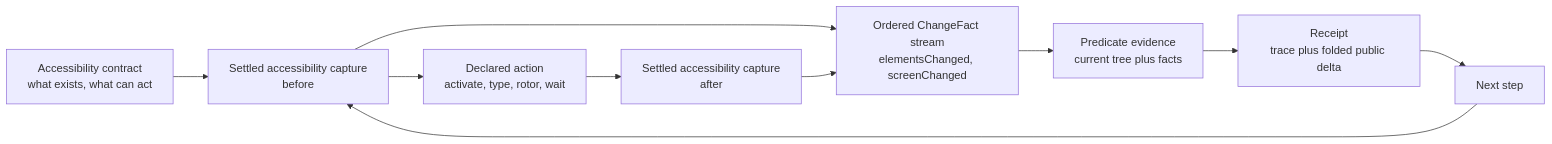
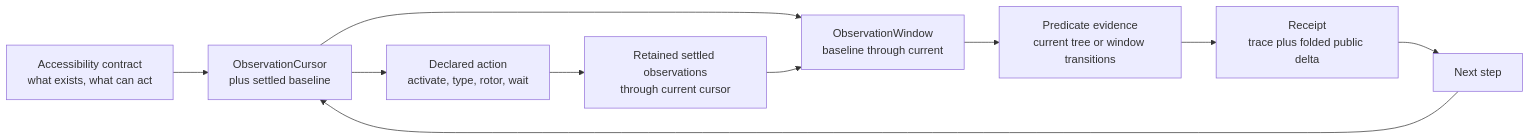
Before and after one commit to RoyalPineapple/TheButtonHeist: the diagram in docs/ACCESSIBILITY-CONTRACT.md, drawn with Mermaid. The commit also changed other lines of this file and 16 other files, not shown here.

Commit message:
Lock canonical pipeline architecture shape

````diff
--- a/docs/ACCESSIBILITY-CONTRACT.md
+++ b/docs/ACCESSIBILITY-CONTRACT.md
@@ -48,21 +48,21 @@
 ```mermaid
 flowchart LR
     Contract["Accessibility contract<br/>what exists, what can act"]
-    Before["Settled accessibility capture<br/>before"]
+    Before["ObservationCursor<br/>plus settled baseline"]
     Action["Declared action<br/>activate, type, rotor, wait"]
-    After["Settled accessibility capture<br/>after"]
-    Facts["Ordered ChangeFact stream<br/>elementsChanged, screenChanged"]
-    Evidence["Predicate evidence<br/>current tree plus facts"]
+    After["Retained settled observations<br/>through current cursor"]
+    Window["ObservationWindow<br/>baseline through current"]
+    Evidence["Predicate evidence<br/>current tree or window transitions"]
     Receipt["Receipt<br/>trace plus folded public delta"]
     Next["Next step"]
 
     Contract --> Before
     Before --> Action
     Action --> After
-    Before --> Facts
-    After --> Facts
-    Facts --> Evidence
+    Before --> Window
+    After --> Window
+    Window --> Evidence
     Evidence --> Receipt
     Receipt --> Next
     Next --> Before
 ```
````
